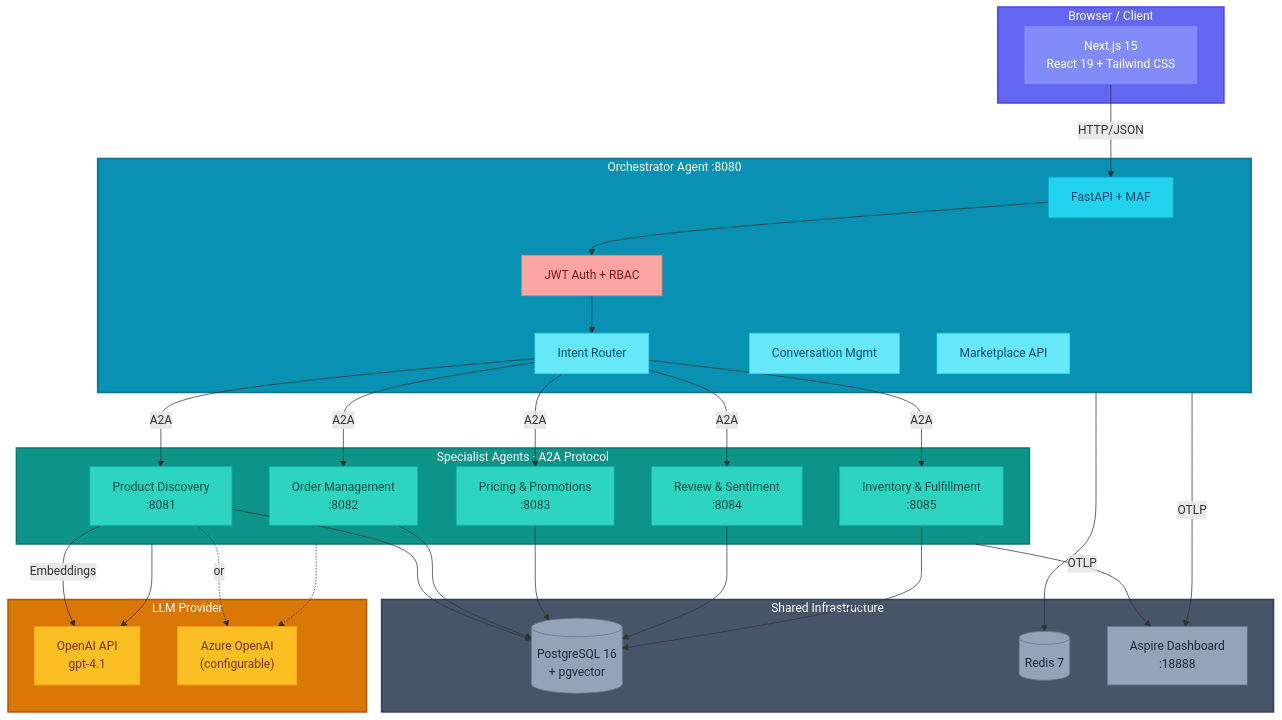
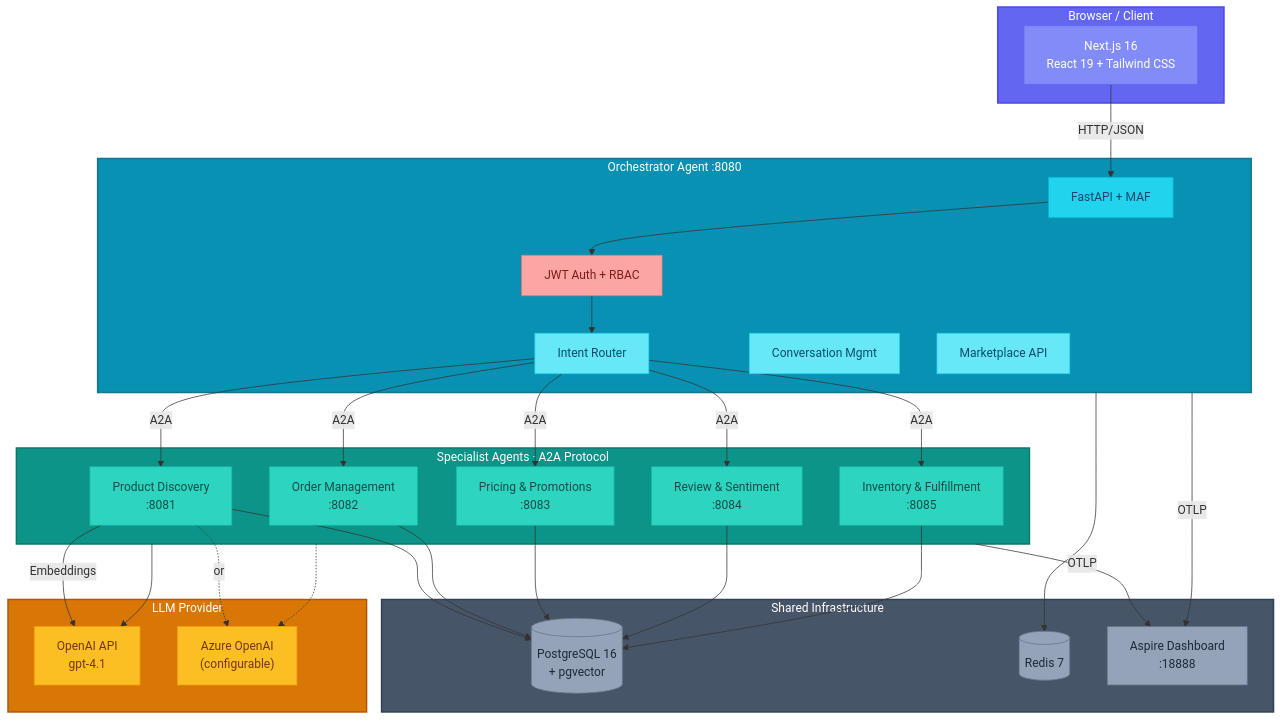
The diagram in README.md (Yakuso234/DG), drawn with Mermaid before and after one commit. The commit also changed other lines of this file and 20 other files, not shown here.

````diff
--- a/README.md
+++ b/README.md
@@ -75,7 +123,7 @@
 ```mermaid
 graph TB
     subgraph Client["Browser / Client"]
-        FE["Next.js 15<br/>React 19 + Tailwind CSS"]
+        FE["Next.js 16<br/>React 19 + Tailwind CSS"]
     end
 
     subgraph Orchestrator["Orchestrator Agent :8080"]
````
